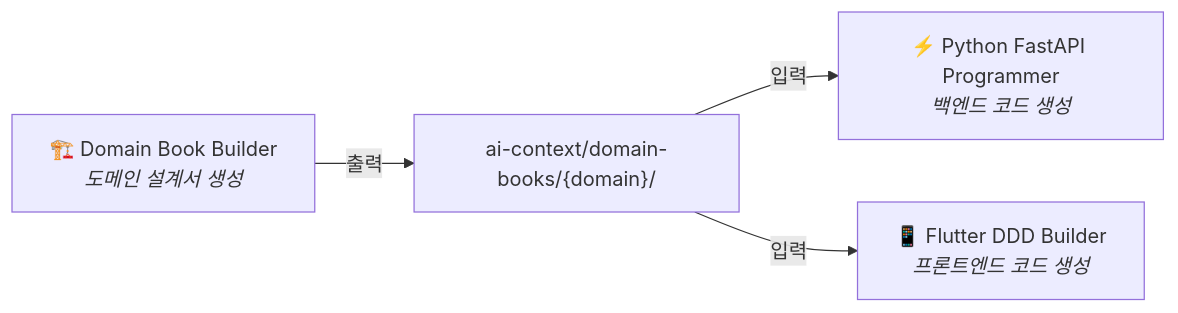
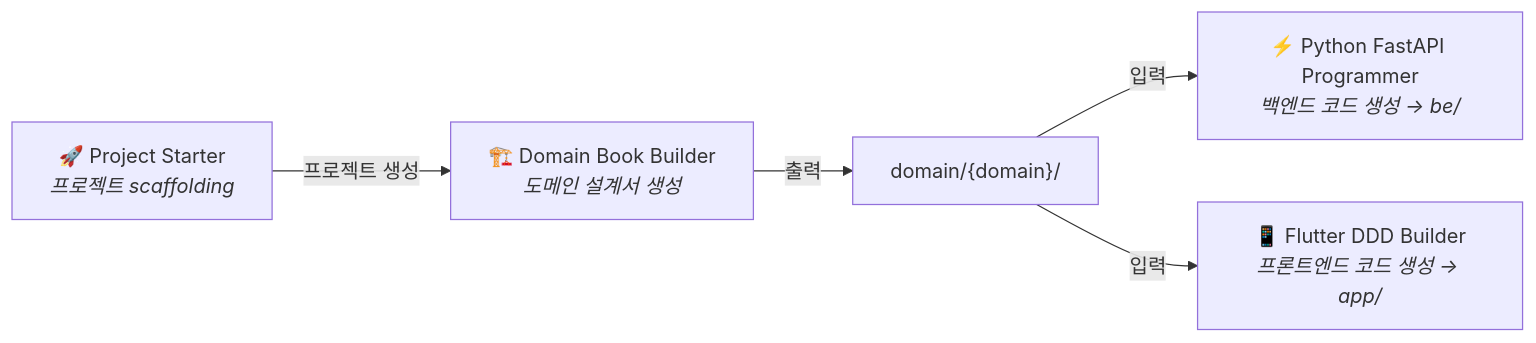
One commit to ureca-corp/claude changed the diagram in README.md. Above: the diagram before and after it, drawn with Mermaid. The commit also changed other lines of this file and 5 other files, not shown here.

First line of the commit message:
feat(project-starter): 모노레포 기반 프로젝트 scaffolding 플러그인 추가

````diff
--- a/README.md
+++ b/README.md
@@ -21,11 +21,13 @@
 ```mermaid
 flowchart LR
+    S["🚀 Project Starter<br/><i>프로젝트 scaffolding</i>"]
     A["🏗️ Domain Book Builder<br/><i>도메인 설계서 생성</i>"]
-    B["ai-context/domain-books/{domain}/"]
-    C["⚡ Python FastAPI Programmer<br/><i>백엔드 코드 생성</i>"]
-    D["📱 Flutter DDD Builder<br/><i>프론트엔드 코드 생성</i>"]
+    B["domain/{domain}/"]
+    C["⚡ Python FastAPI Programmer<br/><i>백엔드 코드 생성 → be/</i>"]
+    D["📱 Flutter DDD Builder<br/><i>프론트엔드 코드 생성 → app/</i>"]
 
+    S -->|프로젝트 생성| A
     A -->|출력| B
     B -->|입력| C
     B -->|입력| D
 ```
````
